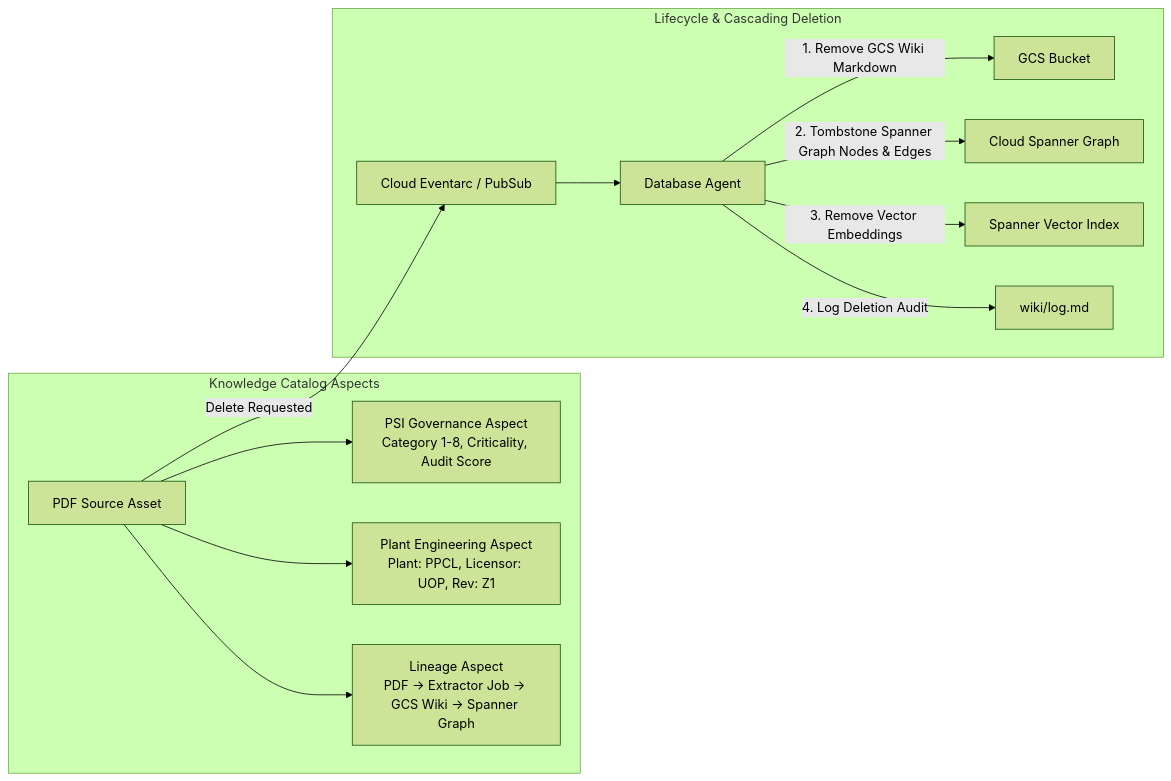
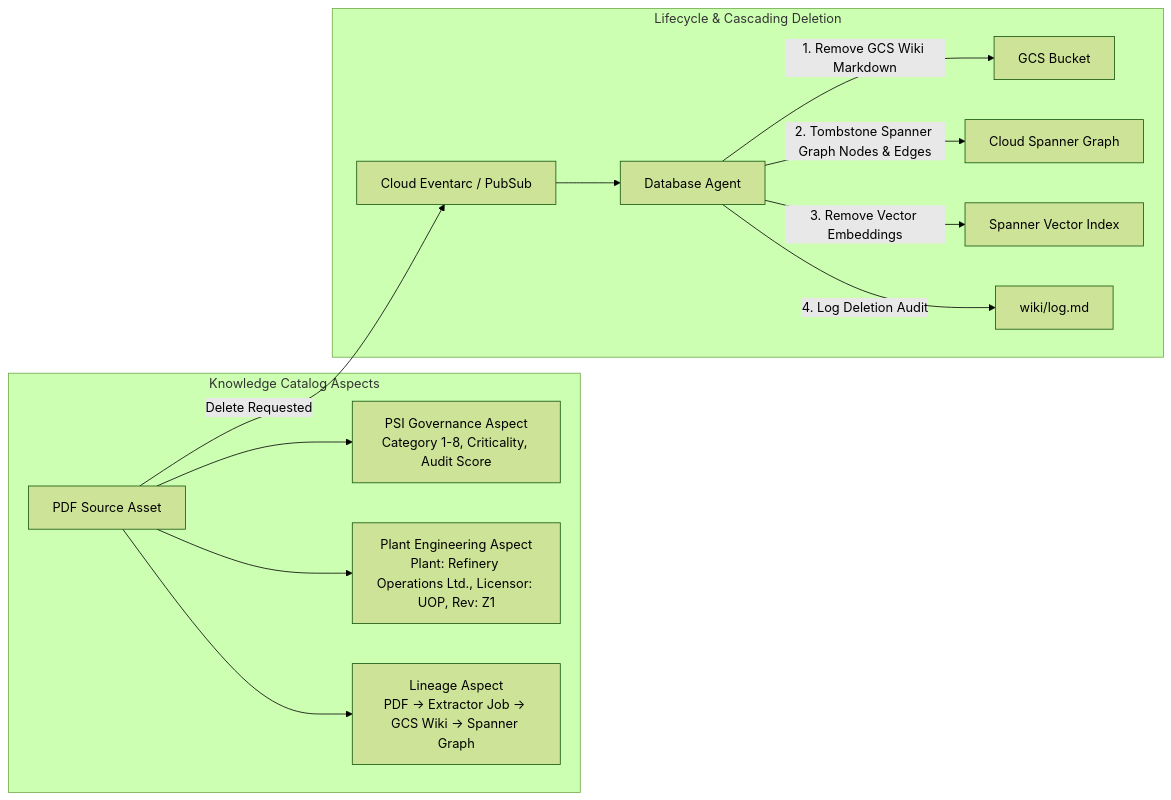
Before and after one commit to pantana-na/pttep-kg: the ninth of 17 diagrams in specs/features/SPEC-20260824-MULTI-AGENT-CLOUD-ARCHITECTURE.md, drawn with Mermaid (forest theme). The commit also changed other lines of this file and 106 other files, not shown here.

````diff
--- a/specs/features/SPEC-20260824-MULTI-AGENT-CLOUD-ARCHITECTURE.md
+++ b/specs/features/SPEC-20260824-MULTI-AGENT-CLOUD-ARCHITECTURE.md
@@ -604,17 +604,17 @@
 ```mermaid
 graph LR
     subgraph "Knowledge Catalog Aspects"
         Doc[PDF Source Asset] --> AspectPSI[PSI Governance Aspect<br/>Category 1-8, Criticality, Audit Score]
-        Doc --> AspectEng[Plant Engineering Aspect<br/>Plant: PPCL, Licensor: UOP, Rev: Z1]
+        Doc --> AspectEng[Plant Engineering Aspect<br/>Plant: Refinery Operations Ltd., Licensor: UOP, Rev: Z1]
         Doc --> AspectLineage[Lineage Aspect<br/>PDF → Extractor Job → GCS Wiki → Spanner Graph]
     end
     
     subgraph "Lifecycle & Cascading Deletion"
         Doc -->|Delete Requested| Eventarc[Cloud Eventarc / PubSub]
         Eventarc --> DBAgent[Database Agent]
         DBAgent -->|1. Remove GCS Wiki Markdown| GCS[GCS Bucket]
         DBAgent -->|2. Tombstone Spanner Graph Nodes & Edges| Spanner[Cloud Spanner Graph]
         DBAgent -->|3. Remove Vector Embeddings| VIndex[Spanner Vector Index]
         DBAgent -->|4. Log Deletion Audit| Log[wiki/log.md]
     end
 ```
````
